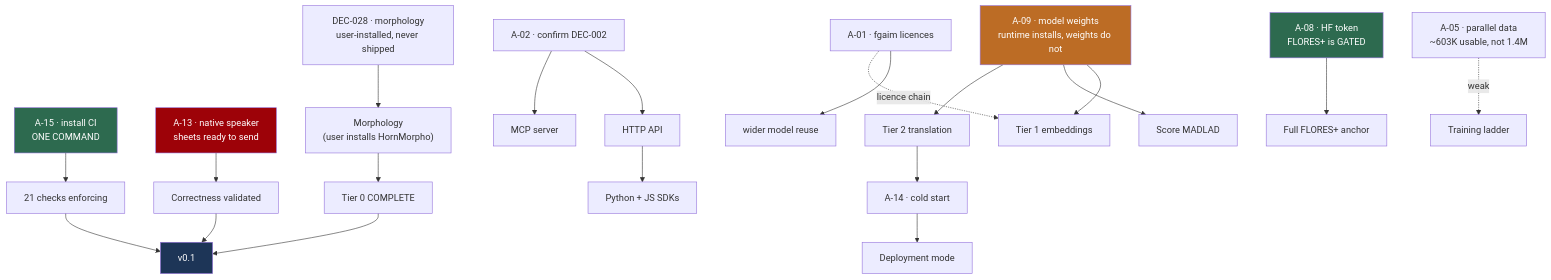
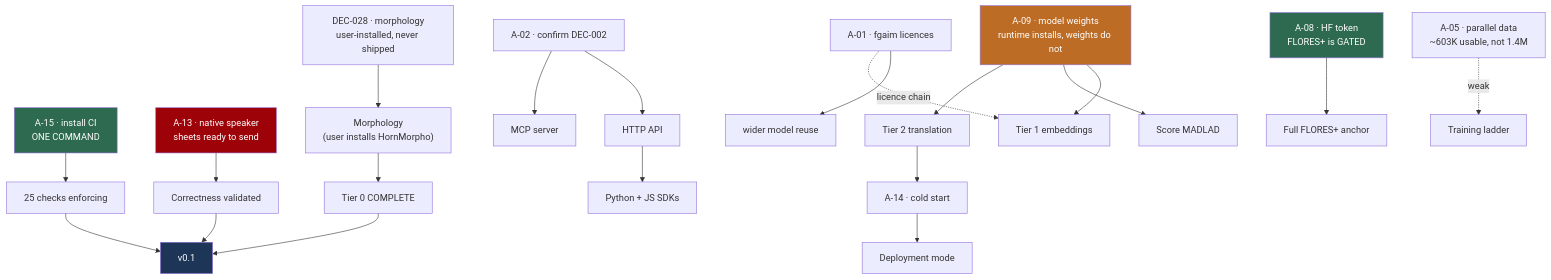
Before and after one commit to abugassim8/Tigrigna-Intelligence: the diagram in docs/roadmap/READINESS_PLAN.md, drawn with Mermaid. The commit also changed other lines of this file and 34 other files, not shown here.

````diff
--- a/docs/roadmap/READINESS_PLAN.md
+++ b/docs/roadmap/READINESS_PLAN.md
@@ -103,28 +103,28 @@
 ```mermaid
 graph TD
-    A15["A-15 · install CI<br/>ONE COMMAND"] --> ENF["21 checks enforcing"]
+    A15["A-15 · install CI<br/>ONE COMMAND"] --> ENF["25 checks enforcing"]
     A13["A-13 · native speaker<br/>sheets ready to send"] --> CORRECT["Correctness validated"]
     A02["A-02 · confirm DEC-002"] --> API["HTTP API"]
     A02 --> MCP["MCP server"]
     API --> SDK["Python + JS SDKs"]
     A09["A-09 · model weights<br/>runtime installs, weights do not"] --> T1["Tier 1 embeddings"]
     A09 --> MADLAD["Score MADLAD"]
     A09 --> T2["Tier 2 translation"]
     A08["A-08 · HF token<br/>FLORES+ is GATED"] --> ANCHOR["Full FLORES+ anchor"]
     A01["A-01 · fgaim licences"] --> REUSE["wider model reuse"]
     A01 -.->|licence chain| T1
     A07["DEC-028 · morphology<br/>user-installed, never shipped"] --> MORPH["Morphology<br/>(user installs HornMorpho)"]
     A05["A-05 · parallel data<br/>~603K usable, not 1.4M"] -.->|weak| TRAIN["Training ladder"]
     T2 --> A14["A-14 · cold start"]
     A14 --> DEPLOY["Deployment mode"]
     MORPH --> MVP["Tier 0 COMPLETE"]
     CORRECT --> V01["v0.1"]
     MVP --> V01
     ENF --> V01
 
     style A15 fill:#2d6a4f,color:#fff
     style A13 fill:#9d0208,color:#fff
     style A09 fill:#bc6c25,color:#fff
     style A08 fill:#2d6a4f,color:#fff
     style V01 fill:#1d3557,color:#fff
 ```
````
